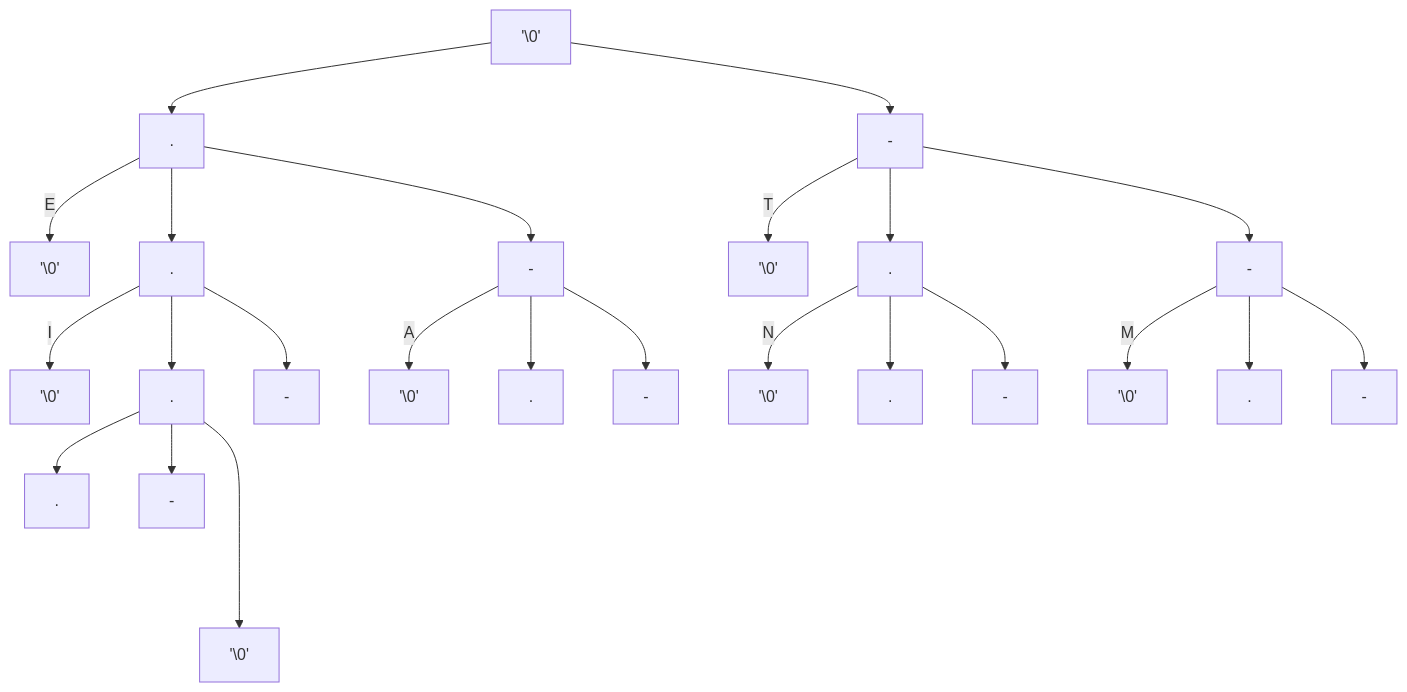
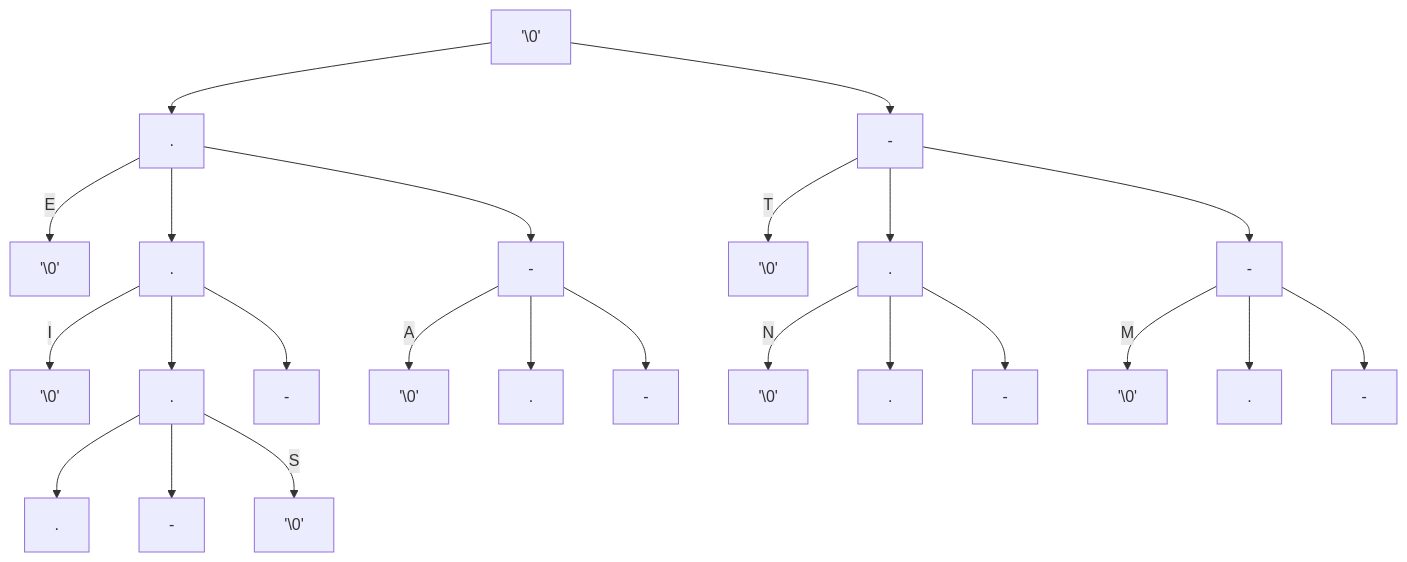
One commit to mmcnally1/arduino-projects changed the second of 2 diagrams in morse-code/README.md. Above: the diagram before and after it, drawn with Mermaid.

````diff
--- a/morse-code/README.md
+++ b/morse-code/README.md
@@ -27,27 +27,27 @@
 ```mermaid
 graph TD;
 A['\0'] --> B[.]
 A['\0'] --> H[-]
 B[.] -- E --> C['\0']
 B[.] --> D[.]
 D[.] -- I --> E['\0']
 B[.] --> F[-]
 F[-] -- A --> G['\0']
 H[-] -- T --> I['\0']
 H[-] --> J[.]
 J[.] -- N --> K['\0']
 H[-] --> L[-]
 L[-] -- M --> M['\0']
 D[.] --> N[.]
 D[.] --> O[-]
 L[-] --> P[.]
 L[-] --> Q[-]
 F[-] --> R[.]
 F[-] --> S[-]
 N[.] --> T[.]
 N[.] --> U[-]
-N[.] ----> V['\0']
+N[.] -- S --> V['\0']
 J[.] --> W[.]
 J[.] --> X[-]
 
 ```
````
